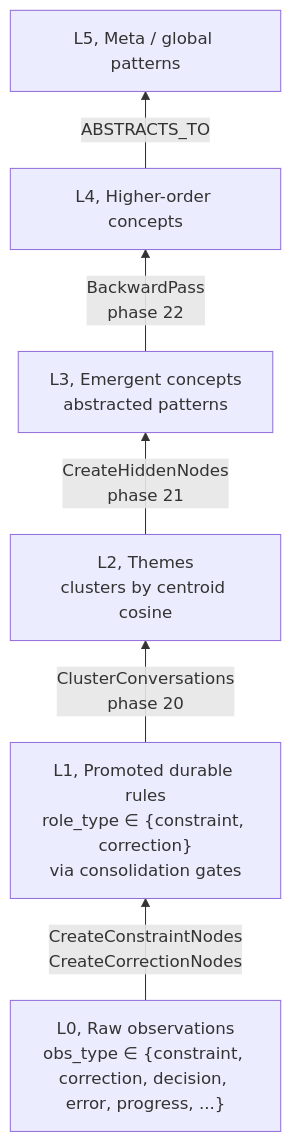
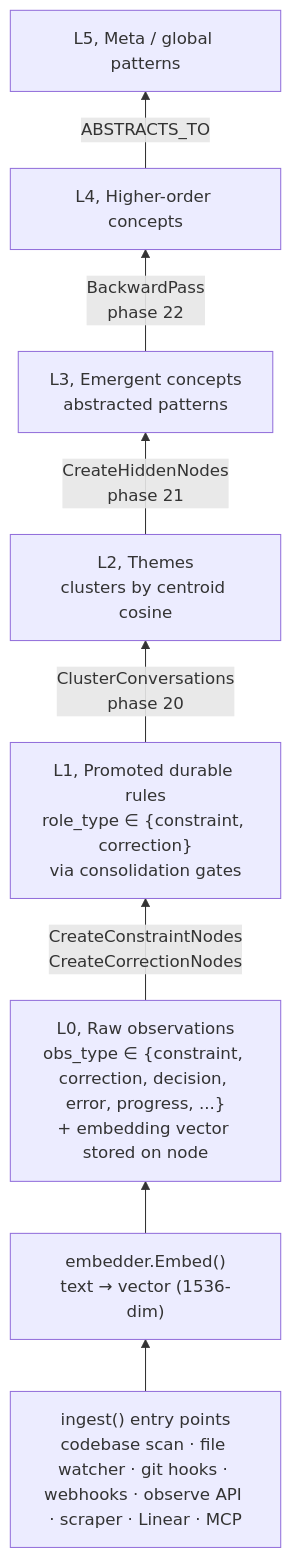
Before and after one commit to reh3376/mdemg: the third of 22 diagrams in docs/onboarding/mdemg-onboarding-deck.md, drawn with Mermaid. The commit also changed other lines of this file and 16 other files, not shown here.

````diff
--- a/docs/onboarding/mdemg-onboarding-deck.md
+++ b/docs/onboarding/mdemg-onboarding-deck.md
@@ -225,14 +225,18 @@
 ```mermaid
 flowchart BT
-  L0["L0, Raw observations<br/>obs_type ∈ {constraint, correction, decision, error, progress, ...}"]
+  Ingest["ingest() entry points<br/>codebase scan · file watcher · git hooks · webhooks · observe API · scraper · Linear · MCP"]
+  Embed["embedder.Embed()<br/>text → vector (1536-dim)"]
+  L0["L0, Raw observations<br/>obs_type ∈ {constraint, correction, decision, error, progress, ...}<br/>+ embedding vector stored on node"]
   L1["L1, Promoted durable rules<br/>role_type ∈ {constraint, correction}<br/>via consolidation gates"]
   L2["L2, Themes<br/>clusters by centroid cosine"]
   L3["L3, Emergent concepts<br/>abstracted patterns"]
   L4["L4, Higher-order concepts"]
   L5["L5, Meta / global patterns"]
+  Ingest --> Embed
+  Embed --> L0
   L0 -->|CreateConstraintNodes<br/>CreateCorrectionNodes| L1
   L1 -->|ClusterConversations<br/>phase 20| L2
   L2 -->|CreateHiddenNodes<br/>phase 21| L3
   L3 -->|BackwardPass<br/>phase 22| L4
   L4 -->|ABSTRACTS_TO| L5
 ```
````
